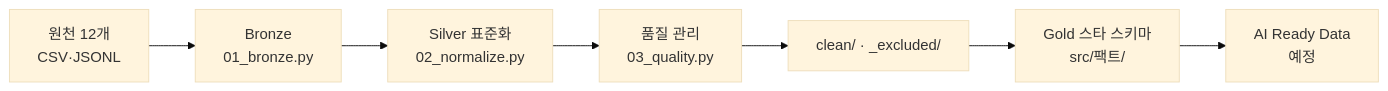
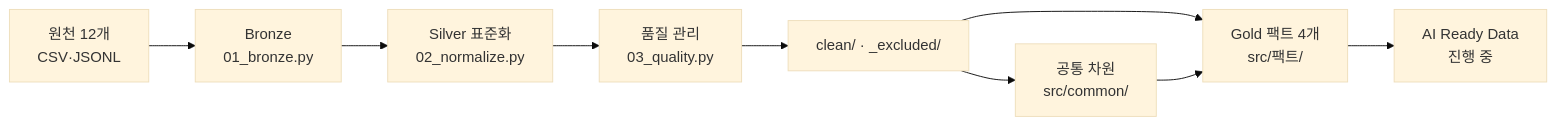
Before and after one commit to encore-ai-campus/mlo-03-p2-team3: the fifth of 5 diagrams in README.md, drawn with Mermaid (base theme). The commit also changed other lines of this file, not shown here.

First line of the commit message:
docs: README를 develop의 Bronze~Gold 완료 기준으로 갱신

````diff
--- a/README.md
+++ b/README.md
@@ -142,9 +203,11 @@
 ```mermaid
 flowchart LR
     O[원천 12개<br/>CSV·JSONL] --> B[Bronze<br/>01_bronze.py]
     B --> S[Silver 표준화<br/>02_normalize.py]
     S --> Q[품질 관리<br/>03_quality.py]
     Q --> C[clean/ · _excluded/]
-    C --> G[Gold 스타 스키마<br/>src/팩트/]
-    G --> A[AI Ready Data<br/>예정]
+    C --> D[공통 차원<br/>src/common/]
+    C --> G[Gold 팩트 4개<br/>src/팩트/]
+    D --> G
+    G --> A[AI Ready Data<br/>진행 중]
 ```
````
